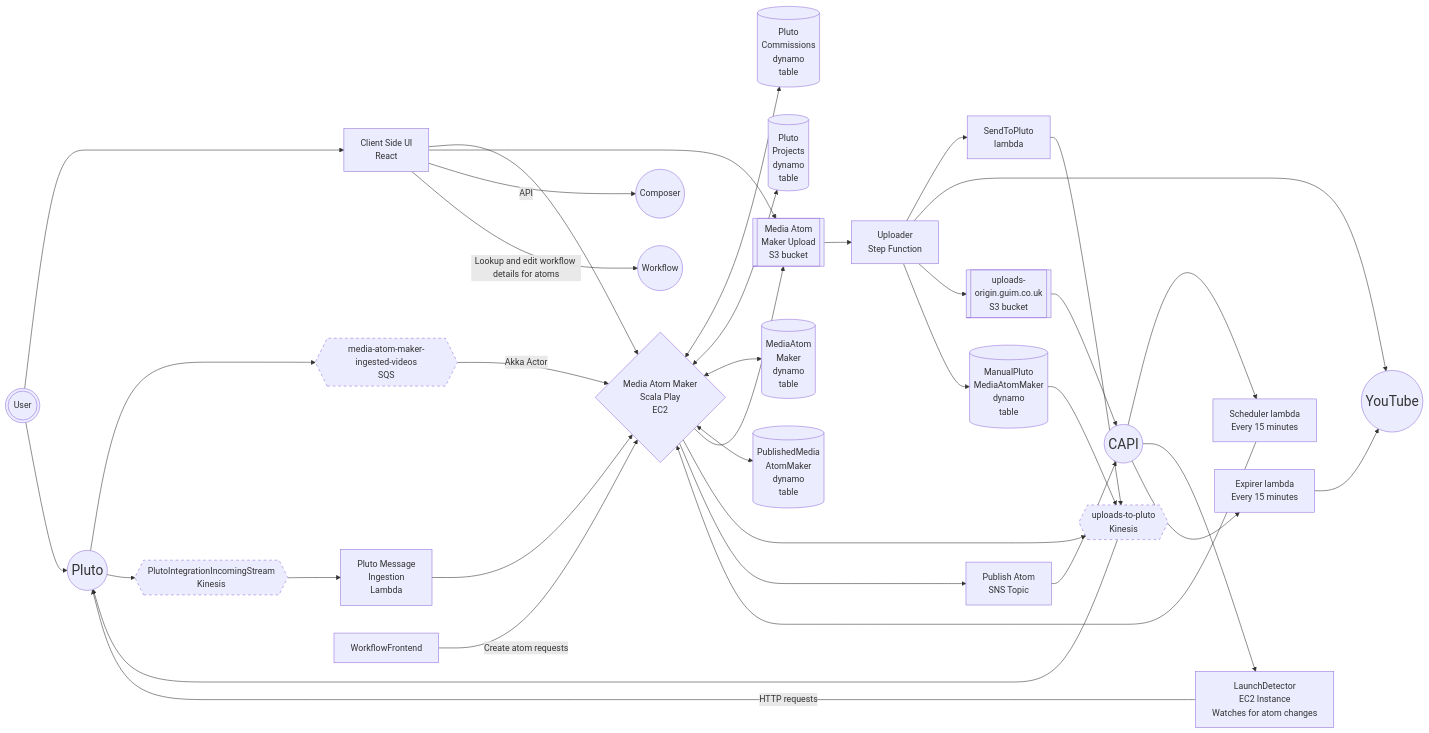
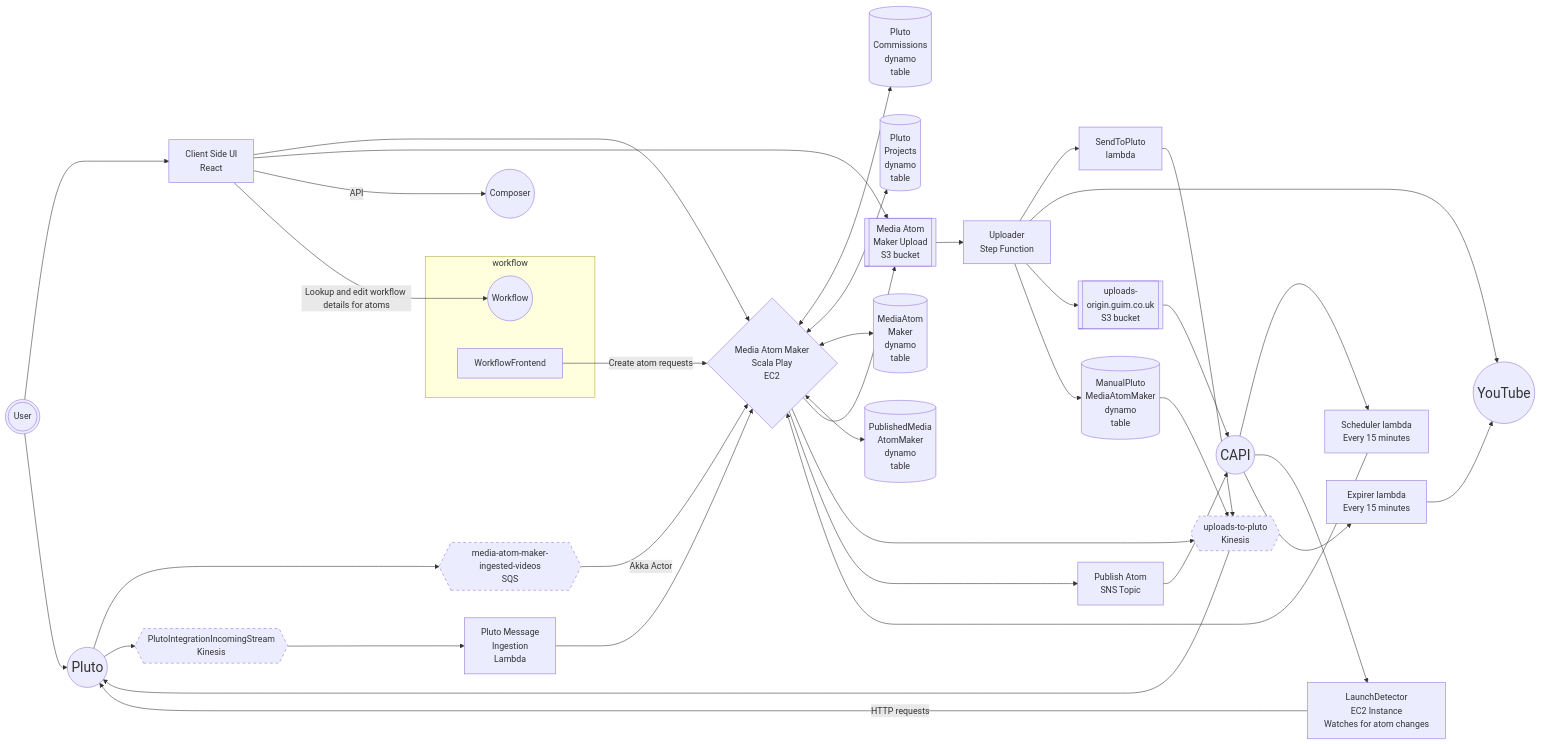
Before and after one commit to guardian/media-atom-maker: the first of 4 diagrams in docs/10-architecture.md, drawn with Mermaid.

Commit message:
Try putting workflow components into subgraph

````diff
--- a/docs/10-architecture.md
+++ b/docs/10-architecture.md
@@ -5,53 +5,57 @@
 ```mermaid
 graph LR
     Pluto((Pluto)):::External
     YouTube((YouTube)):::External
     CAPI((CAPI)):::External
     Composer((Composer))
     Workflow((Workflow))
     uploads-to-pluto{{uploads-to-pluto<br/>Kinesis}}:::Stream
     media-atom-maker-ingested-videos{{media-atom-maker-ingested-videos<br/>SQS}}:::Stream
     PlutoIntegrationIncomingStream{{PlutoIntegrationIncomingStream<br/>Kinesis}}:::Stream
     uploads-to-pluto --> Pluto
     Pluto --> media-atom-maker-ingested-videos
     Pluto --> PlutoIntegrationIncomingStream
     SendToPluto[SendToPluto<br/>lambda] --> uploads-to-pluto
     media-atom-maker-ingested-videos -->|Akka Actor| MediaAtomMaker{Media Atom Maker<br/>Scala Play<br/>EC2}
     PlutoIntegrationIncomingStream --> PlutoMessage[Pluto Message<br/>Ingestion<br/>Lambda]
     PlutoMessage --> MediaAtomMaker
     MediaAtomMaker <--> PlutoCommissions[(Pluto<br/>Commissions<br/>dynamo<br/>table)]
     MediaAtomMaker <--> PlutoProjects[(Pluto<br/>Projects<br/>dynamo<br/>table)]
     MediaAtomMaker <--> MediaAtomMakerProd[(MediaAtom<br/>Maker<br/>dynamo<br/>table)]
     MediaAtomMaker <--> PublishedMedia[(PublishedMedia<br/>AtomMaker<br/>dynamo<br/>table)]
     MediaAtomMaker --> MediaAtomMakerUpload[[Media Atom<br/>Maker Upload<br/>S3 bucket]]
     MediaAtomMaker --> uploads-to-pluto
     User(((User)))
     User --> ClientSide
     User --> Pluto
     ClientSide[Client Side UI<br/>React<br/>]
     ClientSide --> MediaAtomMaker
     ClientSide --> MediaAtomMakerUpload
     ClientSide -->|API| Composer
     MediaAtomMakerUpload --> Uploader
     Uploader[Uploader<br/>Step Function]
     Uploader --> SendToPluto
     Uploader --> YouTube
     Uploader --> UploadsOrigin[[uploads-<br/>origin.guim.co.uk<br/>S3 bucket]]
     Uploader --> ManualPluto[(ManualPluto<br/>MediaAtomMaker<br/>dynamo<br/>table)]
     ManualPluto --> uploads-to-pluto
     UploadsOrigin --> CAPI
     MediaAtomMaker --> PublishAtom[Publish Atom<br/>SNS Topic]
     Scheduler[Scheduler lambda<br/>Every 15 minutes]
     Scheduler --> MediaAtomMaker
     CAPI --> Scheduler
     CAPI --> LaunchDetector[LaunchDetector<br/>EC2 Instance <br/>Watches for atom changes]
     LaunchDetector -->|HTTP requests| Pluto
     PublishAtom --> CAPI
     Expirer[Expirer lambda<br/>Every 15 minutes]
     CAPI --> Expirer
     Expirer --> YouTube
     ClientSide -->|Lookup and edit workflow details for atoms| Workflow
     WorkflowFrontend -->|Create atom requests| MediaAtomMaker
+    subgraph workflow
+      Workflow
+      WorkflowFrontend
+    end
     classDef External padding: 50px, width: 200px, font-size: 25px
     classDef Stream stroke-dasharray: 5 5
 ```
````
